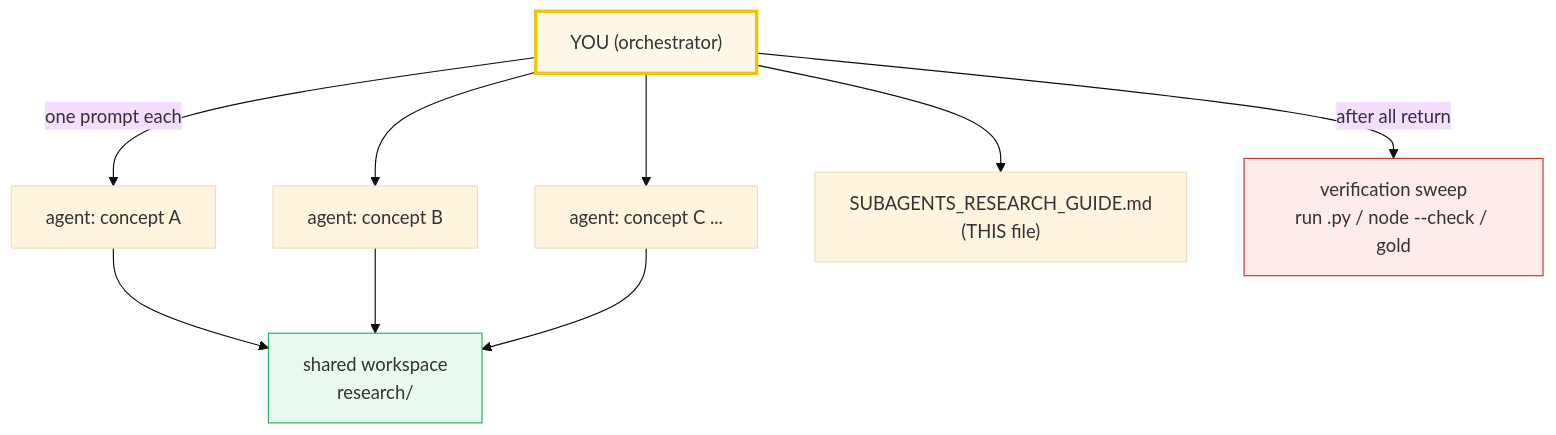
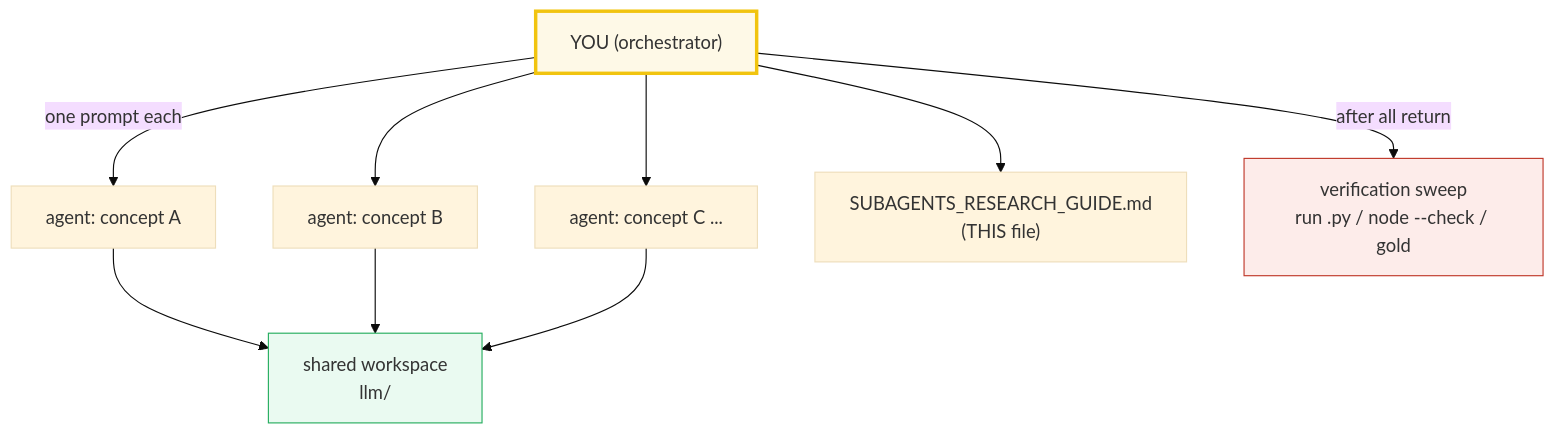
One commit to quanhua92/tutorials changed the diagram in llm/SUBAGENTS_RESEARCH_GUIDE.md. Above: the diagram before and after it, drawn with Mermaid (base theme). The commit also changed other lines of this file and 42 other files, not shown here.

````diff
--- a/llm/SUBAGENTS_RESEARCH_GUIDE.md
+++ b/llm/SUBAGENTS_RESEARCH_GUIDE.md
@@ -11,14 +11,14 @@
 ```mermaid
 graph TD
     ME["YOU (orchestrator)"] -->|one prompt each| A1["agent: concept A"]
     ME --> A2["agent: concept B"]
     ME --> A3["agent: concept C ..."]
     ME --> GUIDE["SUBAGENTS_RESEARCH_GUIDE.md<br/>(THIS file)"]
-    A1 --> WS["shared workspace<br/>research/"]
+    A1 --> WS["shared workspace<br/>llm/"]
     A2 --> WS
     A3 --> WS
     ME -->|after all return| VERIFY["verification sweep<br/>run .py / node --check / gold"]
     style ME fill:#fef9e7,stroke:#f1c40f,stroke-width:3px
     style WS fill:#eafaf1,stroke:#27ae60
     style VERIFY fill:#fdecea,stroke:#c0392b
 ```
````
